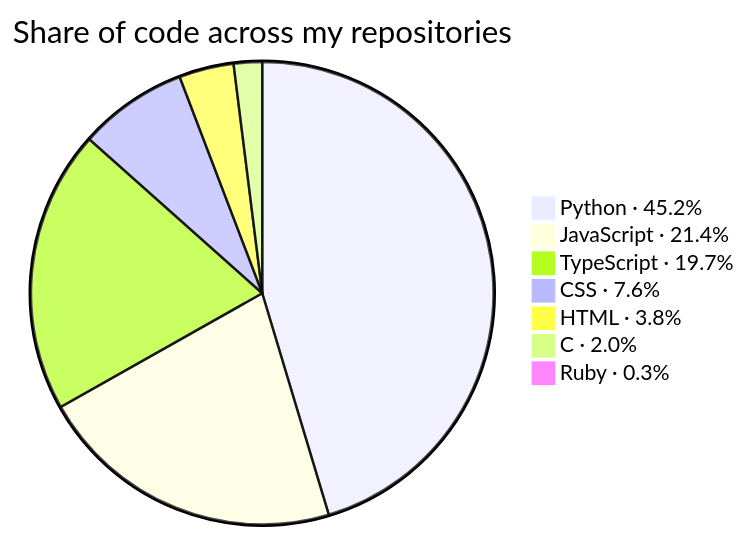
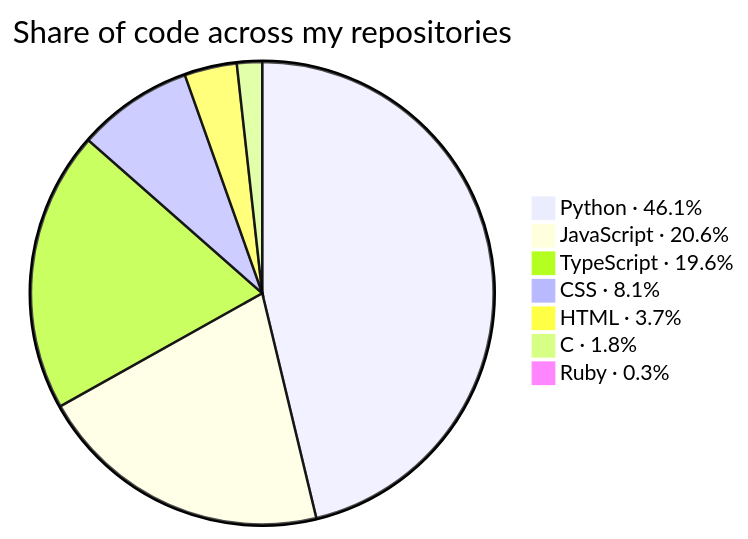
Before and after one commit to KathFK1234/KathFK1234: the second of 3 diagrams in README.md, drawn with Mermaid. The commit also changed other lines of this file and 1 other file, not shown here.

Commit message:
Update languages and tools by hand while scheduled runs are refused
Fixes #241

````diff
--- a/README.md
+++ b/README.md
@@ -109,11 +109,11 @@
 ```mermaid
 %%{init: {"themeVariables": {"pieSectionTextSize": "0px"}}}%%
 pie title Share of code across my repositories
-    "Python · 45.2%" : 1434.8
-    "JavaScript · 21.4%" : 679.1
-    "TypeScript · 19.7%" : 625.0
-    "CSS · 7.6%" : 240.9
-    "HTML · 3.8%" : 120.9
-    "C · 2.0%" : 62.7
+    "Python · 46.1%" : 1646.4
+    "JavaScript · 20.6%" : 734.8
+    "TypeScript · 19.6%" : 698.1
+    "CSS · 8.1%" : 288.0
+    "HTML · 3.7%" : 130.4
+    "C · 1.8%" : 62.7
     "Ruby · 0.3%" : 10.1
 ```
````
